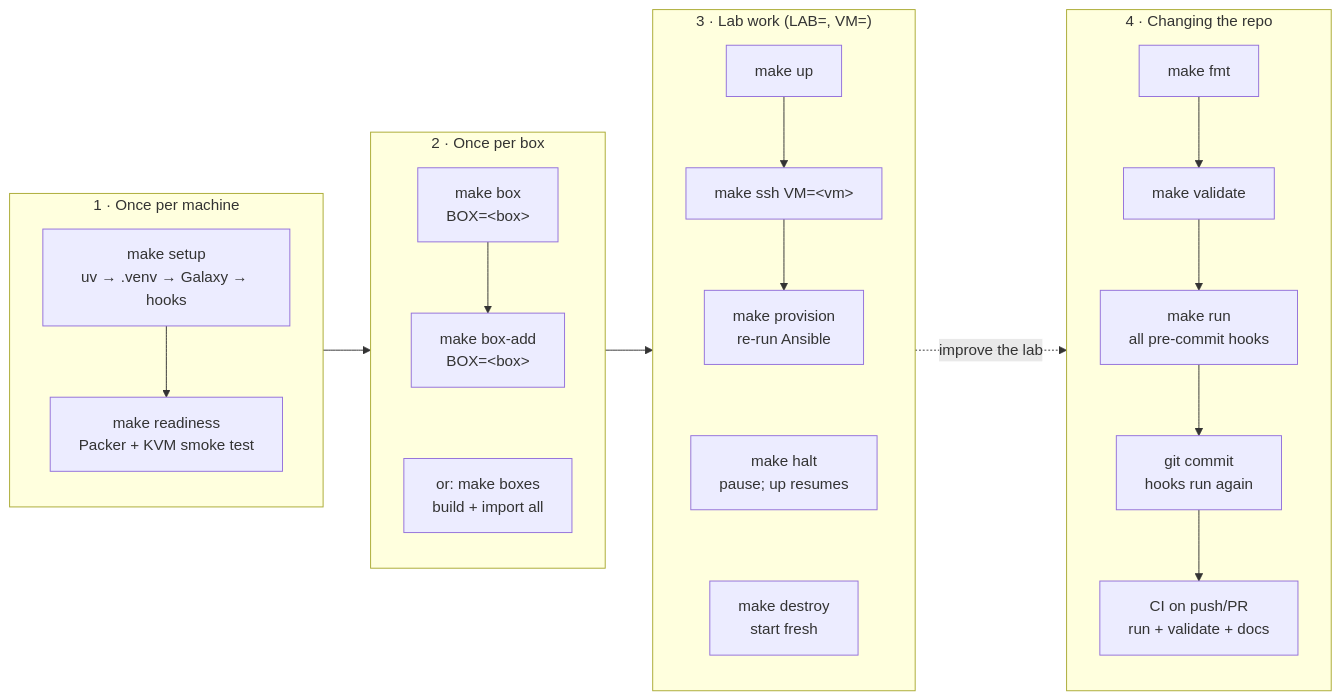
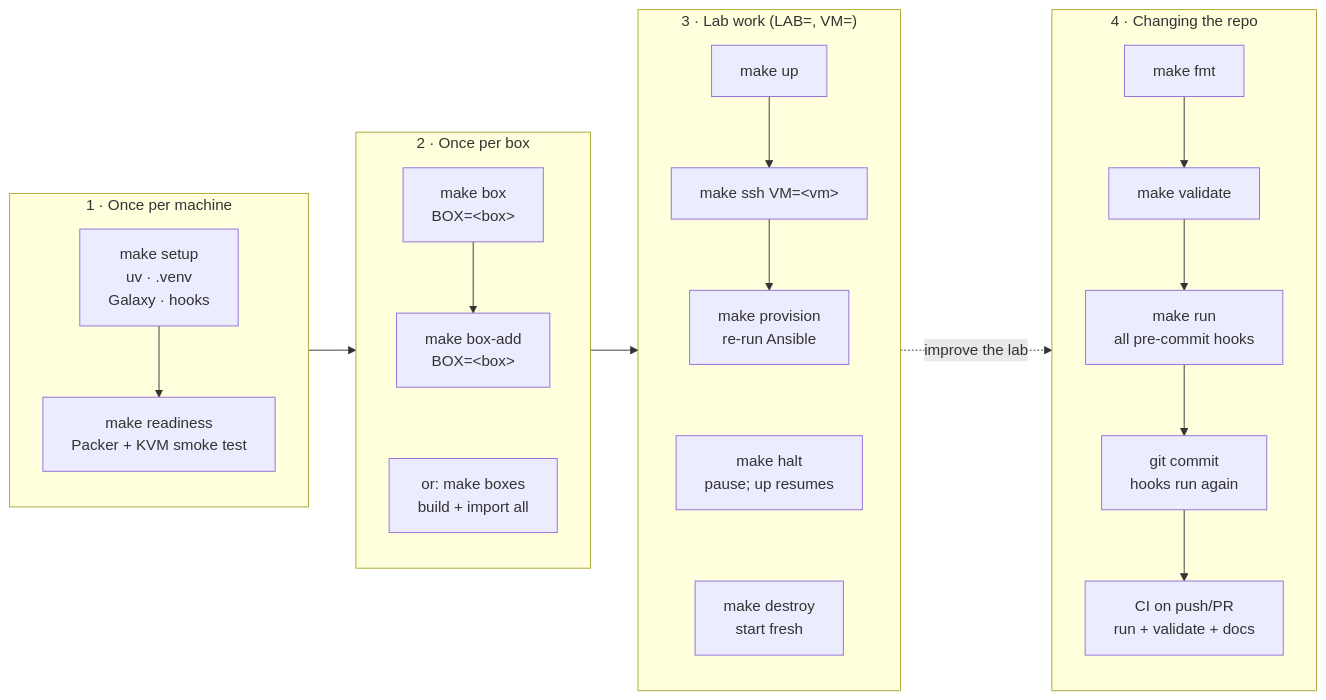
The diagram in docs/makefile.md (r-2st/linux-lab), drawn with Mermaid before and after one commit. The commit also changed 15 other files, not shown here.

First line of the commit message:
Migrate docs to Zensical, self-host mermaid.js, deploy to GitHub Pages

````diff
--- a/docs/makefile.md
+++ b/docs/makefile.md
@@ -14,41 +14,41 @@
 ```mermaid
 flowchart LR
     subgraph machine ["1 · Once per machine"]
         direction TB
-        setup["make setup<br/>uv → .venv → Galaxy → hooks"]
+        setup["make setup<br/>uv · .venv<br/>Galaxy · hooks"]
         readiness["make readiness<br/>Packer + KVM smoke test"]
         setup --> readiness
     end
 
     subgraph boxes ["2 · Once per box"]
         direction TB
         box["make box<br/>BOX=#lt;box#gt;"]
         boxadd["make box-add<br/>BOX=#lt;box#gt;"]
         all["or: make boxes<br/>build + import all"]
         box --> boxadd
         boxadd ~~~ all
     end
 
     subgraph lab ["3 · Lab work (LAB=, VM=)"]
         direction TB
         up["make up"]
         ssh["make ssh VM=#lt;vm#gt;"]
         provision["make provision<br/>re-run Ansible"]
         halt["make halt<br/>pause; up resumes"]
         destroy["make destroy<br/>start fresh"]
         up --> ssh --> provision
         provision ~~~ halt ~~~ destroy
     end
 
     subgraph change ["4 · Changing the repo"]
         direction TB
         fmt["make fmt"]
         validate["make validate"]
         run["make run<br/>all pre-commit hooks"]
         commit["git commit<br/>hooks run again"]
         ci["CI on push/PR<br/>run + validate + docs"]
         fmt --> validate --> run --> commit --> ci
     end
 
     machine --> boxes --> lab -. "improve the lab" .-> change
 ```
````
